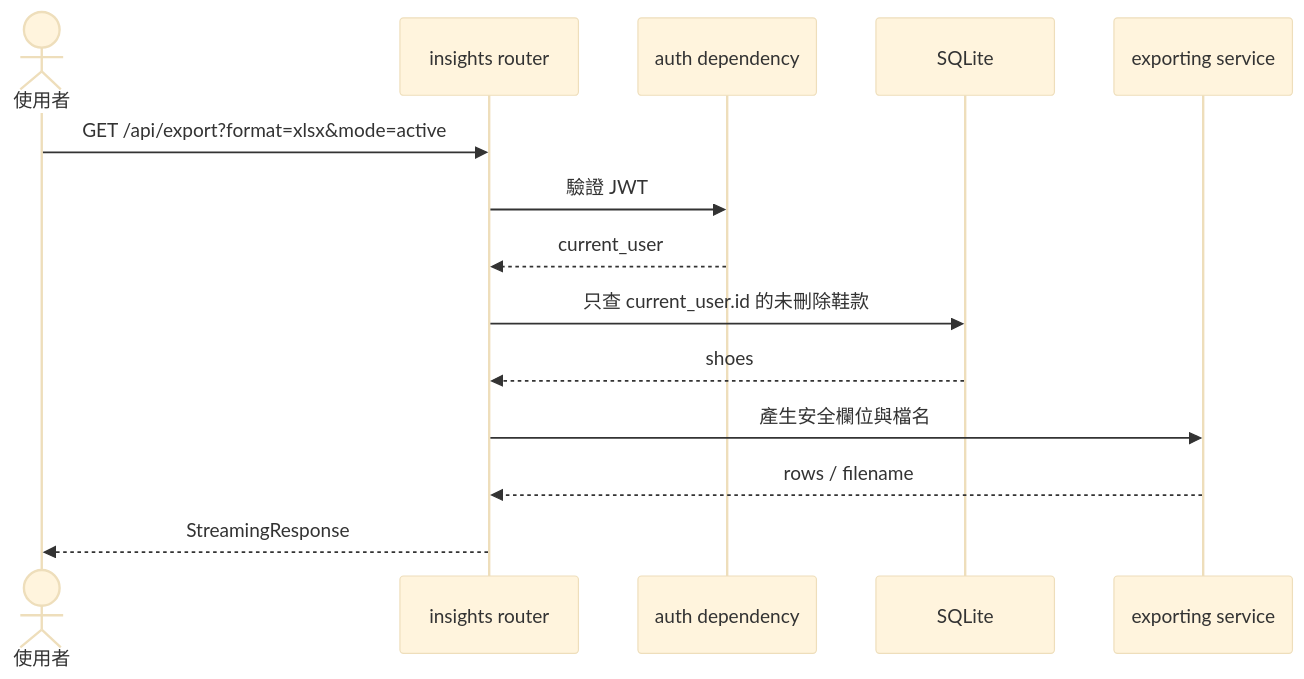
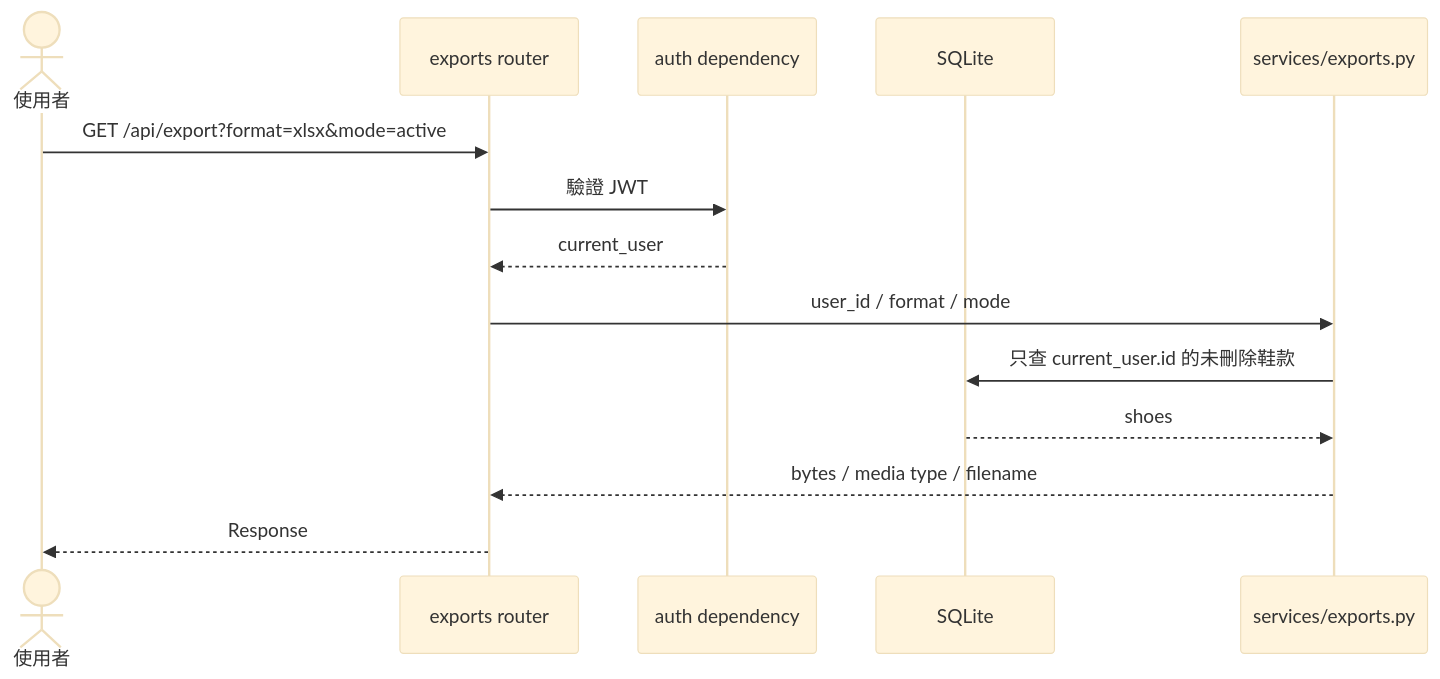
The fourth of 5 diagrams in docs/architecture.md (Teng91/running-shoes), drawn with Mermaid (base theme) before and after one commit. The commit also changed other lines of this file and 40 other files, not shown here.

Commit message:
refactor: split runtime boundaries and document architecture

````diff
--- a/docs/architecture.md
+++ b/docs/architecture.md
@@ -103,17 +154,17 @@
 ```mermaid
 sequenceDiagram
     actor U as 使用者
-    participant R as insights router
+    participant R as exports router
     participant A as auth dependency
     participant D as SQLite
-    participant E as exporting service
+    participant E as services/exports.py
 
     U->>R: GET /api/export?format=xlsx&mode=active
     R->>A: 驗證 JWT
     A-->>R: current_user
-    R->>D: 只查 current_user.id 的未刪除鞋款
-    D-->>R: shoes
-    R->>E: 產生安全欄位與檔名
-    E-->>R: rows / filename
-    R-->>U: StreamingResponse
+    R->>E: user_id / format / mode
+    E->>D: 只查 current_user.id 的未刪除鞋款
+    D-->>E: shoes
+    E-->>R: bytes / media type / filename
+    R-->>U: Response
 ```
````
